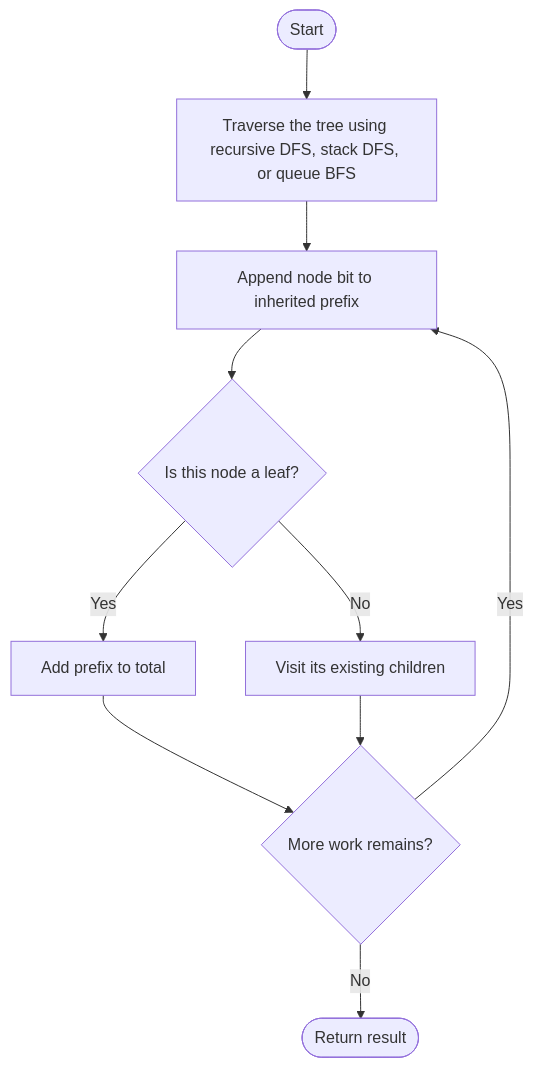
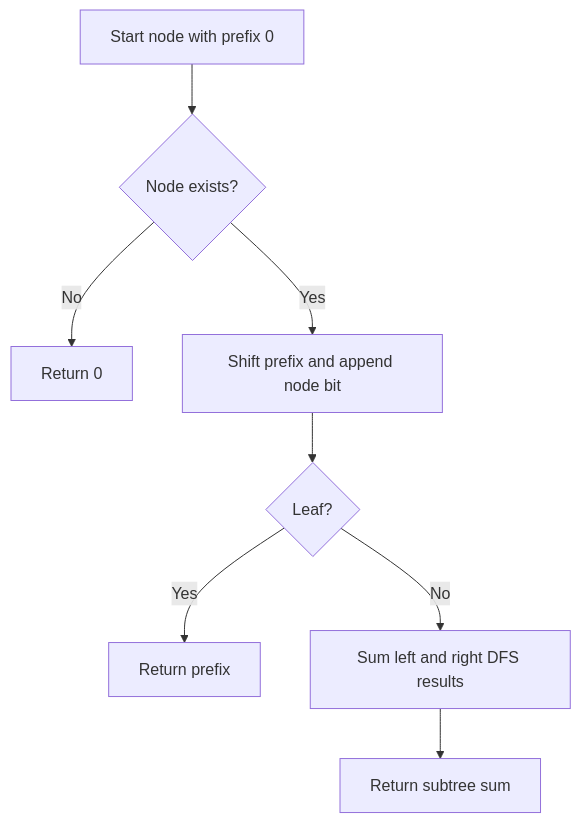
Before and after one commit to SAIDEEPBHANGE/C-CPP-Codes: the diagram in LeetCode/1022/README.md, drawn with Mermaid. The commit also changed other lines of this file and 196 other files, not shown here.

````diff
--- a/LeetCode/1022/README.md
+++ b/LeetCode/1022/README.md
@@ -13,12 +29,10 @@
 ```mermaid
 flowchart TD
- A([Start]) --> B[Traverse the tree using recursive DFS, stack DFS, or queue BFS]
- B --> C[Append node bit to inherited prefix]
- C --> D{Is this node a leaf?}
- D -- Yes --> E[Add prefix to total]
- D -- No --> F[Visit its existing children]
- E --> G{More work remains?}
- F --> G
- G -- Yes --> C
- G -- No --> H([Return result])
+    A[Start node with prefix 0] --> B{Node exists?}
+    B -- No --> Z[Return 0]
+    B -- Yes --> C[Shift prefix and append node bit]
+    C --> D{Leaf?}
+    D -- Yes --> E[Return prefix]
+    D -- No --> F[Sum left and right DFS results]
+    F --> G[Return subtree sum]
 ```
````
